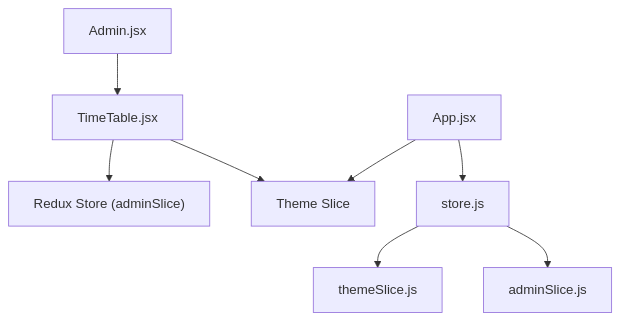
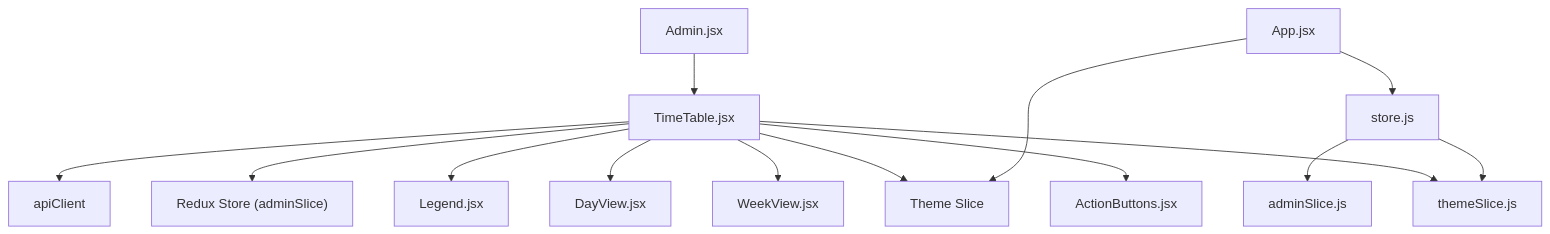
Before and after one commit to Aryan9060/Timetable-Project: the third of 3 diagrams in .qoder/repowiki/en/content/Timetable Generation System/Visualization Components & User Interface.md, drawn with Mermaid. The commit also changed other lines of this file and 7 other files, not shown here.

First line of the commit message:
feat(timetable): enhance data integration with real-time sync and caching

````diff
--- a/.qoder/repowiki/en/content/Timetable Generation System/Visualization Components & User Interface.md
+++ b/.qoder/repowiki/en/content/Timetable Generation System/Visualization Components & User Interface.md
@@ -287,10 +443,16 @@
 ```mermaid
 graph TB
-TT["TimeTable.jsx"] --> RS["Redux Store (adminSlice)"]
+TT["TimeTable.jsx"] --> TH["TimetableHeader.jsx"]
+TT --> AB["ActionButtons.jsx"]
+TT --> WV["WeekView.jsx"]
+TT --> DV["DayView.jsx"]
+TT --> LG["Legend.jsx"]
+TT --> RS["Redux Store (adminSlice)"]
 TT --> TS["Theme Slice"]
+TT --> AC["apiClient"]
 ADM["Admin.jsx"] --> TT
 APP["App.jsx"] --> TS
 APP --> ST["store.js"]
 ST --> TH["themeSlice.js"]
 ST --> AD["adminSlice.js"]
 ```
````
